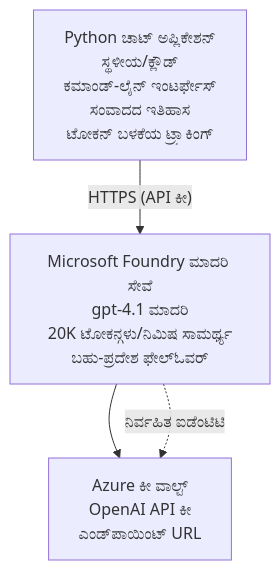
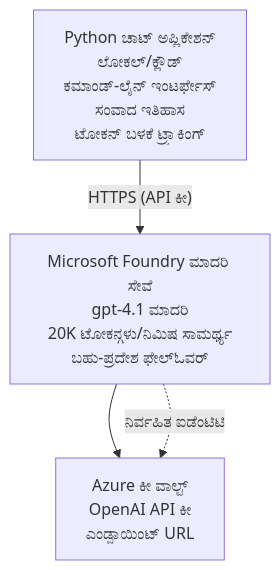
The diagram in translations/kn/examples/azure-openai-chat/README.md (microsoft/AZD-for-beginners), drawn with Mermaid before and after one commit. The commit also changed other lines of this file and 104 other files, not shown here.

````diff
--- a/translations/kn/examples/azure-openai-chat/README.md
+++ b/translations/kn/examples/azure-openai-chat/README.md
@@ -26,6 +26,6 @@
 ```mermaid
 graph TD
-    App[Python ಚಾಟ್ ಅಪ್ಲಿಕೇಶನ್<br/>ಸ್ಥಳೀಯ/ಕ್ಲೌಡ್<br/>ಕಮಾಂಡ್-ಲೈನ್ ಇಂಟರ್ಫೇಸ್<br/>ಸಂವಾದದ ಇತಿಹಾಸ<br/>ಟೋಕನ್ ಬಳಕೆಯ ಟ್ರ್ಯಾಕಿಂಗ್] -- "HTTPS (API ಕೀ)" --> Foundry[Microsoft Foundry ಮಾದರಿ ಸೇವೆ<br/>gpt-4.1 ಮಾದರಿ<br/>20K ಟೋಕನ್ಗಳು/ನಿಮಿಷ ಸಾಮರ್ಥ್ಯ<br/>ಬಹು-ಪ್ರದೇಶ ಫೇಲ್ಓವರ್]
-    Foundry --> KV[Azure ಕೀ ವಾಲ್ಟ್<br/>OpenAI API ಕೀ<br/>ಎಂಡ್‌ಪಾಯಿಂಟ್ URL]
+    App[Python ಚಾಟ್ ಅಪ್ಲಿಕೇಶನ್<br/>ಲೋಕಲ್/ಕ್ಲೌಡ್<br/>ಕಮಾಂಡ್-ಲೈನ್ ಇಂಟರ್ಫೇಸ್<br/>ಸಂವಾದ ಇತಿಹಾಸ<br/>ಟೋಕನ್ ಬಳಕೆ ಟ್ರ್ಯಾಕಿಂಗ್] -- "HTTPS (API ಕೀ)" --> Foundry[Microsoft Foundry ಮಾದರಿ ಸೇವೆ<br/>gpt-4.1 ಮಾದರಿ<br/>20K ಟೋಕನ್ಗಳು/ನಿಮಿಷ ಸಾಮರ್ಥ್ಯ<br/>ಬಹು-ಪ್ರದೇಶ ಫೇಲ್ಓವರ್]
+    Foundry --> KV[Azure ಕೀ ವಾಲ್ಟ್<br/>OpenAI API ಕೀ<br/>ಎಂಡ್ಪಾಯಿಂಟ್ URL]
     Foundry -. ನಿರ್ವಹಿತ ಐಡೆಂಟಿಟಿ .-> KV
 ```
````
